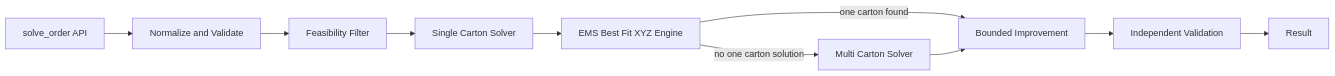
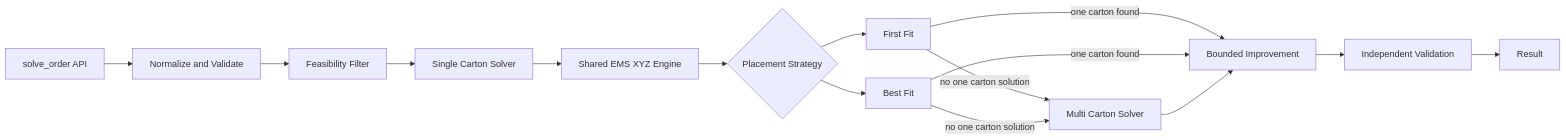
Before and after one commit to Voycepeh/ihubsolutions-capstone-project: the diagram in src/PRODUCT_SPEC.md, drawn with Mermaid. The commit also changed other lines of this file, not shown here.

Commit message:
Define First Fit baseline and Best Fit comparison

````diff
--- a/src/PRODUCT_SPEC.md
+++ b/src/PRODUCT_SPEC.md
@@ -125,18 +201,24 @@
 ```mermaid
 flowchart LR
     A[solve_order API]
     B[Normalize and Validate]
     C[Feasibility Filter]
     D[Single Carton Solver]
-    E[EMS Best Fit XYZ Engine]
-    F[Multi Carton Solver]
-    G[Bounded Improvement]
-    H[Independent Validation]
-    I[Result]
+    E[Shared EMS XYZ Engine]
+    F{Placement Strategy}
+    G[First Fit]
+    H[Best Fit]
+    I[Multi Carton Solver]
+    J[Bounded Improvement]
+    K[Independent Validation]
+    L[Result]
 
-    A --> B --> C --> D
-    D --> E
-    E -->|one carton found| G
-    E -->|no one carton solution| F --> G
-    G --> H --> I
+    A --> B --> C --> D --> E --> F
+    F --> G
+    F --> H
+    G -->|one carton found| J
+    H -->|one carton found| J
+    G -->|no one carton solution| I
+    H -->|no one carton solution| I
+    I --> J --> K --> L
 ```
````
